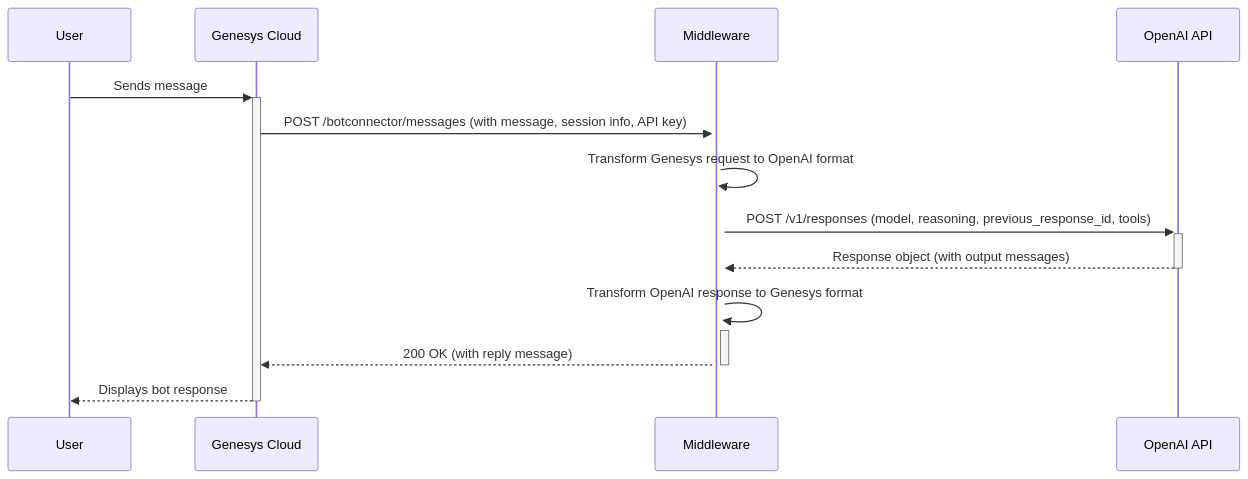
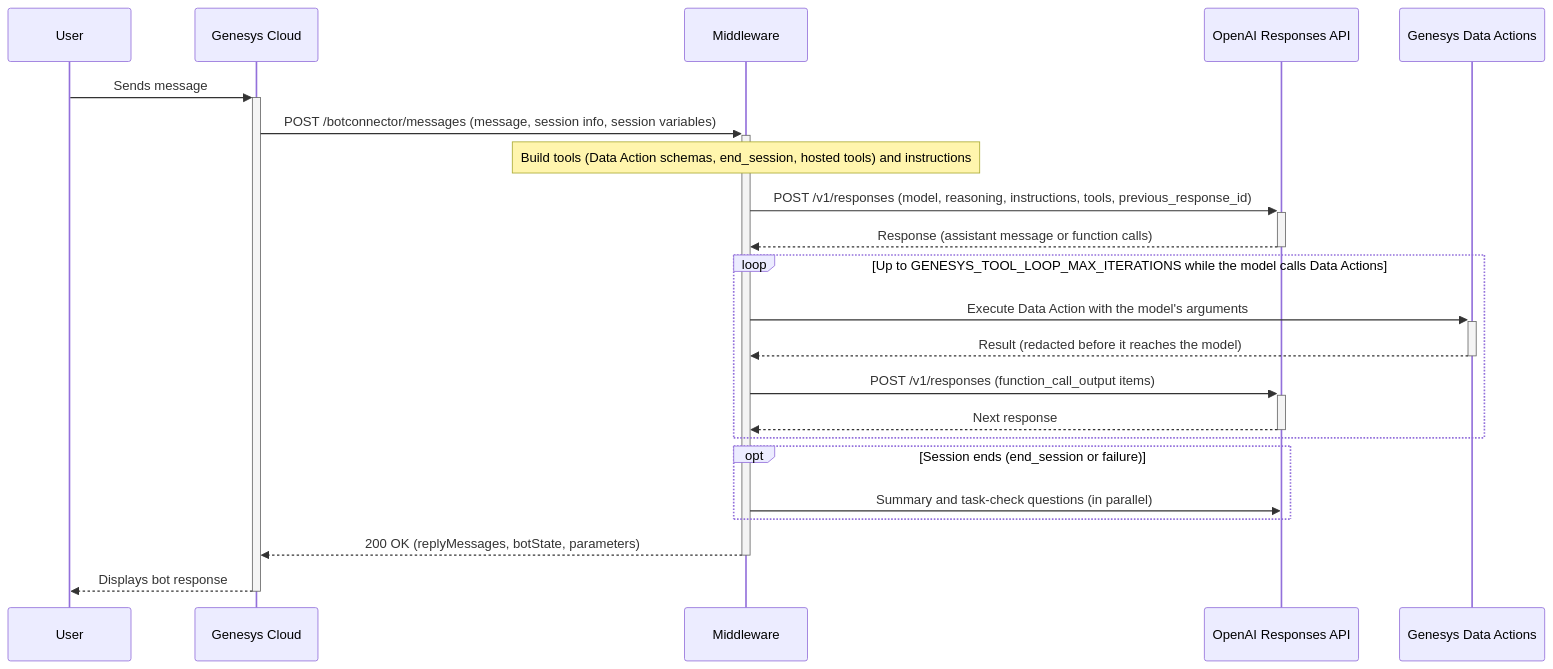
Before and after one commit to DOAGenesys/DigitalBotConnector_v2_OpenAIResponsesAPI: the diagram in README.md, drawn with Mermaid. The commit also changed other lines of this file and 12 other files, not shown here.

First line of the commit message:
Merge the agentic connector (Data Action tools, end_session, session outcome) into this repo

````diff
--- a/README.md
+++ b/README.md
@@ -22,16 +24,25 @@
 ```mermaid
 sequenceDiagram
     participant User
-    participant Genesys Cloud
+    participant Genesys as Genesys Cloud
     participant Middleware
-    participant OpenAI API
-    
-    User->>+Genesys Cloud: Sends message
-    Genesys Cloud->>+Middleware: POST /botconnector/messages (with message, session info, API key)
-    Middleware->>+Middleware: Transform Genesys request to OpenAI format
-    Middleware->>+OpenAI API: POST /v1/responses (model, reasoning, previous_response_id, tools)
-    OpenAI API-->>-Middleware: Response object (with output messages)
-    Middleware->>+Middleware: Transform OpenAI response to Genesys format
-    Middleware-->>-Genesys Cloud: 200 OK (with reply message)
-    Genesys Cloud-->>-User: Displays bot response
+    participant OpenAI as OpenAI Responses API
+    participant DataActions as Genesys Data Actions
+
+    User->>+Genesys: Sends message
+    Genesys->>+Middleware: POST /botconnector/messages (message, session info, session variables)
+    Note over Middleware: Build tools (Data Action schemas, end_session, hosted tools) and instructions
+    Middleware->>+OpenAI: POST /v1/responses (model, reasoning, instructions, tools, previous_response_id)
+    OpenAI-->>-Middleware: Response (assistant message or function calls)
+    loop Up to GENESYS_TOOL_LOOP_MAX_ITERATIONS while the model calls Data Actions
+        Middleware->>+DataActions: Execute Data Action with the model's arguments
+        DataActions-->>-Middleware: Result (redacted before it reaches the model)
+        Middleware->>+OpenAI: POST /v1/responses (function_call_output items)
+        OpenAI-->>-Middleware: Next response
+    end
+    opt Session ends (end_session or failure)
+        Middleware->>OpenAI: Summary and task-check questions (in parallel)
+    end
+    Middleware-->>-Genesys: 200 OK (replyMessages, botState, parameters)
+    Genesys-->>-User: Displays bot response
 ```
````
